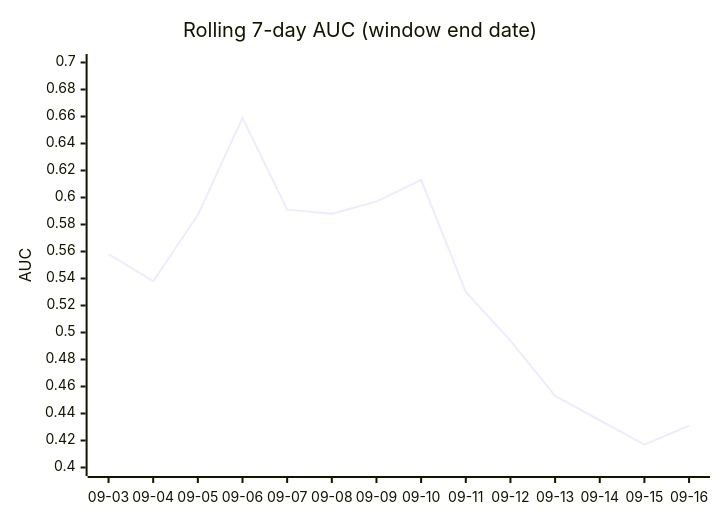
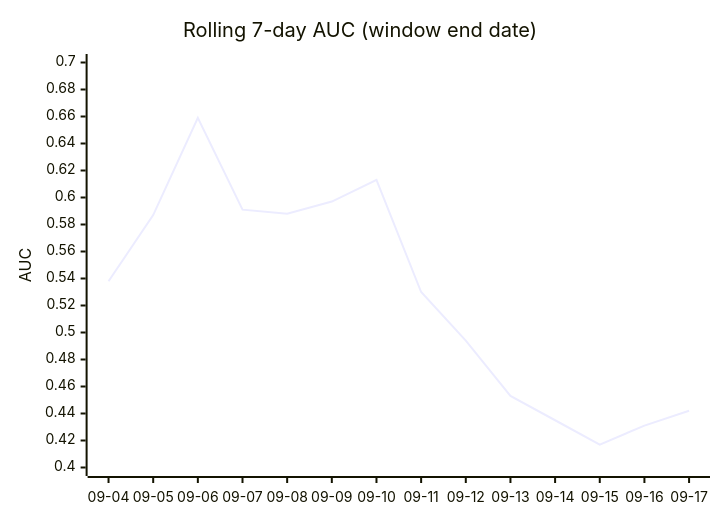
The third of 4 diagrams in DAILY_AGSU_REPORT.md (dpk1212/nhl-savant), drawn with Mermaid before and after one commit. The commit also changed other lines of this file, not shown here.

````diff
--- a/DAILY_AGSU_REPORT.md
+++ b/DAILY_AGSU_REPORT.md
@@ -866,7 +842,7 @@
 ```mermaid
 xychart-beta
     title "Rolling 7-day AUC (window end date)"
-    x-axis ["09-03", "09-04", "09-05", "09-06", "09-07", "09-08", "09-09", "09-10", "09-11", "09-12", "09-13", "09-14", "09-15", "09-16"]
+    x-axis ["09-04", "09-05", "09-06", "09-07", "09-08", "09-09", "09-10", "09-11", "09-12", "09-13", "09-14", "09-15", "09-16", "09-17"]
     y-axis "AUC" 0.4 --> 0.7
-    line [0.558, 0.538, 0.587, 0.659, 0.591, 0.588, 0.597, 0.613, 0.53, 0.494, 0.453, 0.435, 0.417, 0.431]
+    line [0.538, 0.587, 0.659, 0.591, 0.588, 0.597, 0.613, 0.53, 0.494, 0.453, 0.435, 0.417, 0.431, 0.442]
 ```
````
